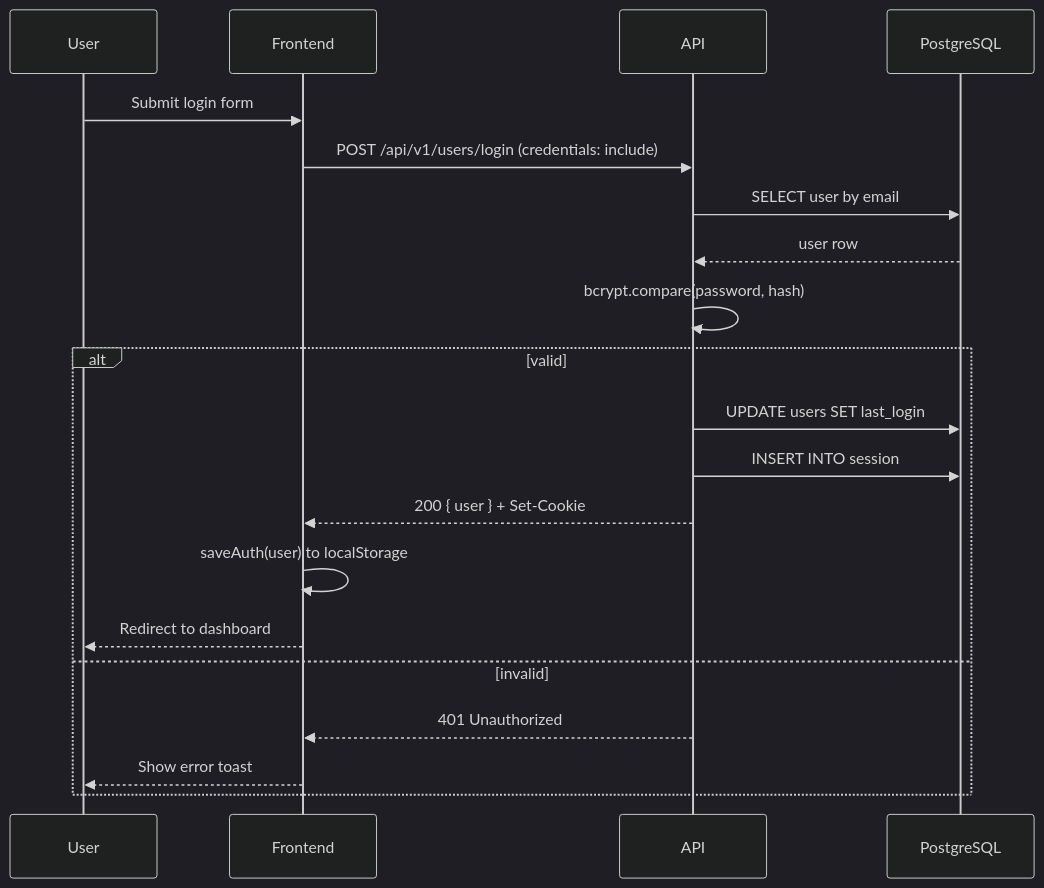
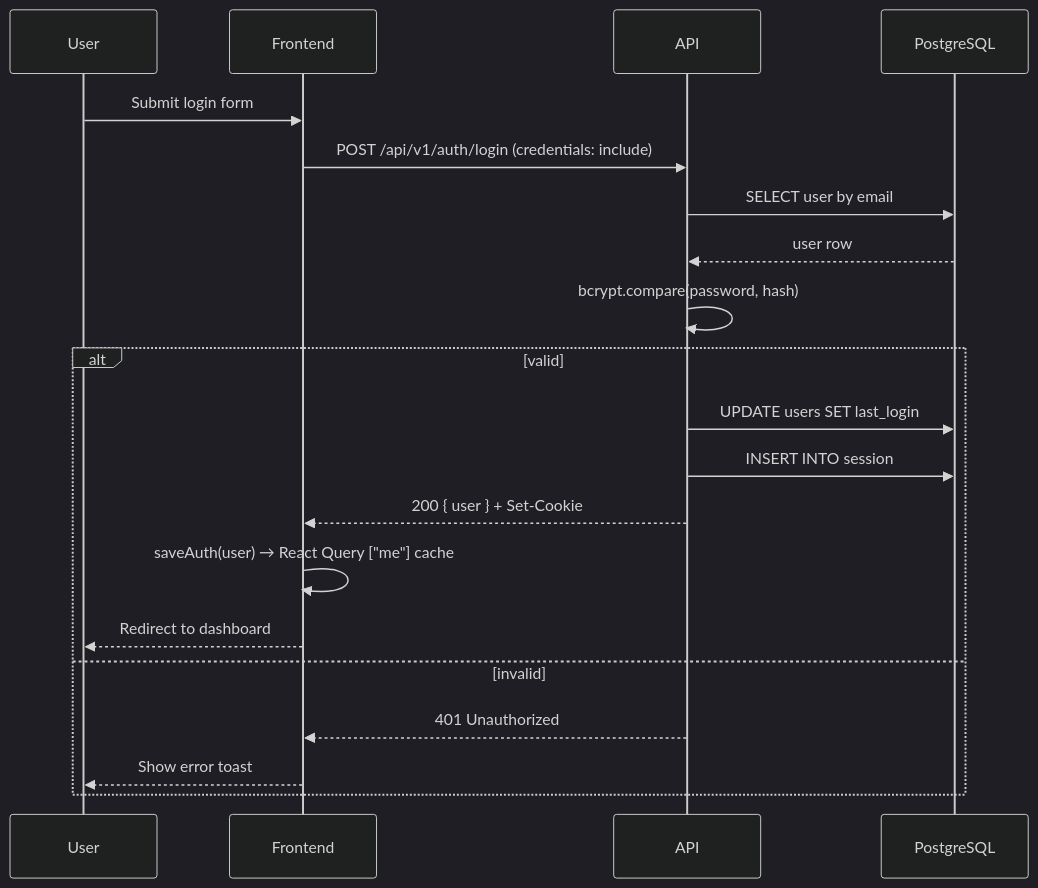
One commit to Rafy-Tho/LearnSphere changed the first of 10 diagrams in docs/03-analysis/workflows.md. Above: the diagram before and after it, drawn with Mermaid (dark theme). The commit also changed other lines of this file and 65 other files, not shown here.

````diff
--- a/docs/03-analysis/workflows.md
+++ b/docs/03-analysis/workflows.md
@@ -9,23 +9,23 @@
 ```mermaid
 sequenceDiagram
   participant U as User
   participant F as Frontend
   participant A as API
   participant DB as PostgreSQL
 
   U->>F: Submit login form
-  F->>A: POST /api/v1/users/login (credentials: include)
+  F->>A: POST /api/v1/auth/login (credentials: include)
   A->>DB: SELECT user by email
   DB-->>A: user row
   A->>A: bcrypt.compare(password, hash)
   alt valid
     A->>DB: UPDATE users SET last_login
     A->>DB: INSERT INTO session
     A-->>F: 200 { user } + Set-Cookie
-    F->>F: saveAuth(user) to localStorage
+    F->>F: saveAuth(user) → React Query ["me"] cache
     F-->>U: Redirect to dashboard
   else invalid
     A-->>F: 401 Unauthorized
     F-->>U: Show error toast
   end
 ```
````
